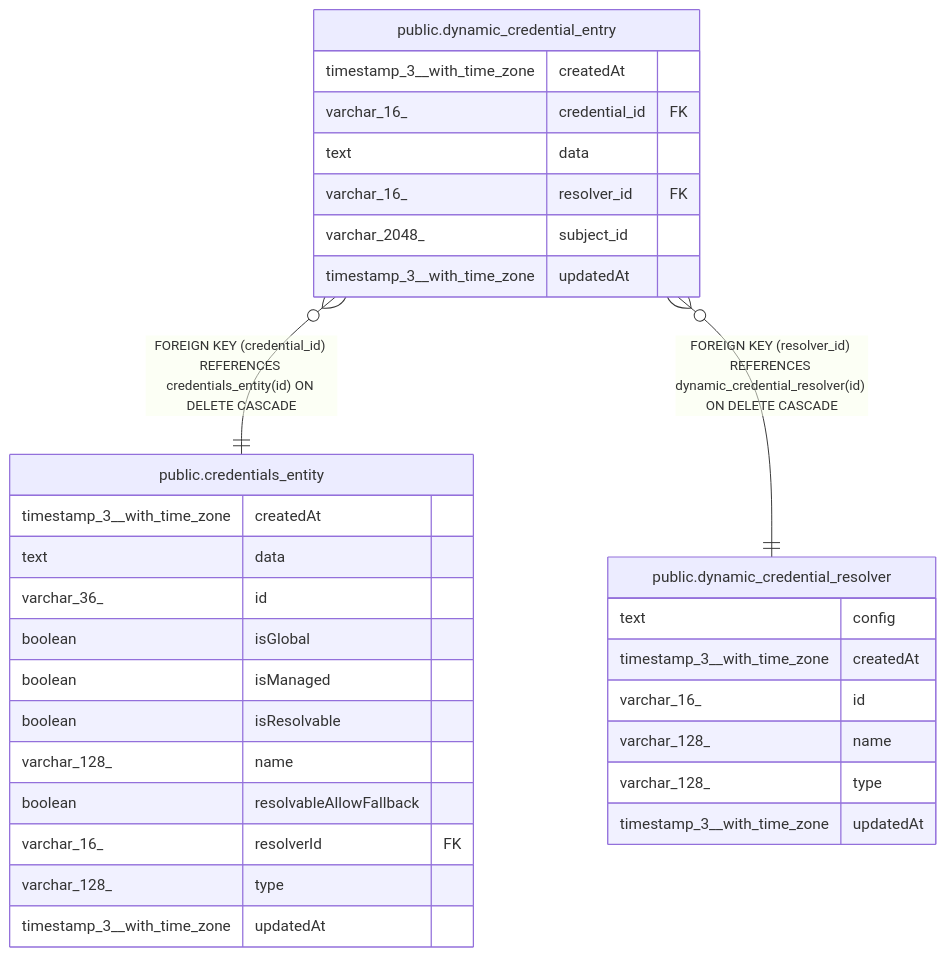
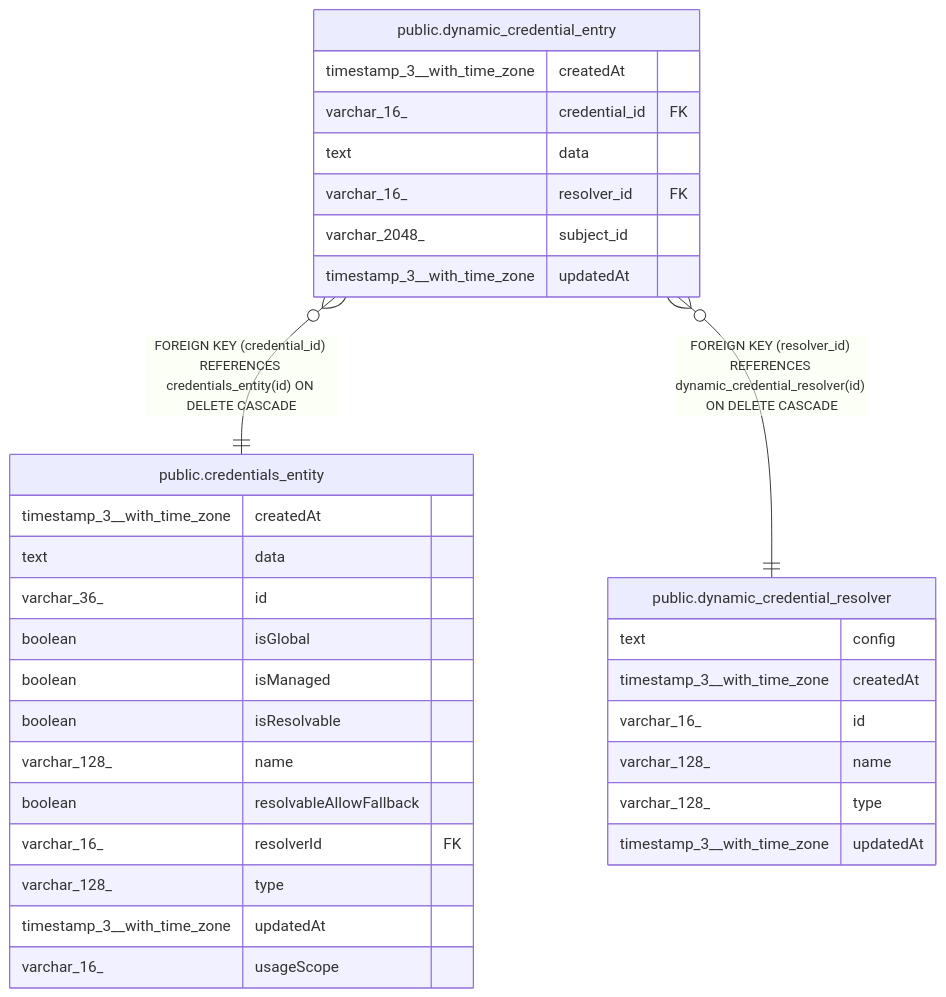
Before and after one commit to ggrace519/n8n: the diagram in docs/generated/postgres-schema/public.dynamic_credential_entry.md, drawn with Mermaid. The commit also changed 24 other files, not shown here.

Commit message:
feat(core): Add instance credential database schema (#34709)

````diff
--- a/docs/generated/postgres-schema/public.dynamic_credential_entry.md
+++ b/docs/generated/postgres-schema/public.dynamic_credential_entry.md
@@ -38,36 +38,37 @@
 ```mermaid
 erDiagram
 
 "public.dynamic_credential_entry" }o--|| "public.credentials_entity" : "FOREIGN KEY (credential_id) REFERENCES credentials_entity(id) ON DELETE CASCADE"
 "public.dynamic_credential_entry" }o--|| "public.dynamic_credential_resolver" : "FOREIGN KEY (resolver_id) REFERENCES dynamic_credential_resolver(id) ON DELETE CASCADE"
 
 "public.dynamic_credential_entry" {
   timestamp_3__with_time_zone createdAt
   varchar_16_ credential_id FK
   text data
   varchar_16_ resolver_id FK
   varchar_2048_ subject_id
   timestamp_3__with_time_zone updatedAt
 }
 "public.credentials_entity" {
   timestamp_3__with_time_zone createdAt
   text data
   varchar_36_ id
   boolean isGlobal
   boolean isManaged
   boolean isResolvable
   varchar_128_ name
   boolean resolvableAllowFallback
   varchar_16_ resolverId FK
   varchar_128_ type
   timestamp_3__with_time_zone updatedAt
+  varchar_16_ usageScope
 }
 "public.dynamic_credential_resolver" {
   text config
   timestamp_3__with_time_zone createdAt
   varchar_16_ id
   varchar_128_ name
   varchar_128_ type
   timestamp_3__with_time_zone updatedAt
 }
 ```
````
